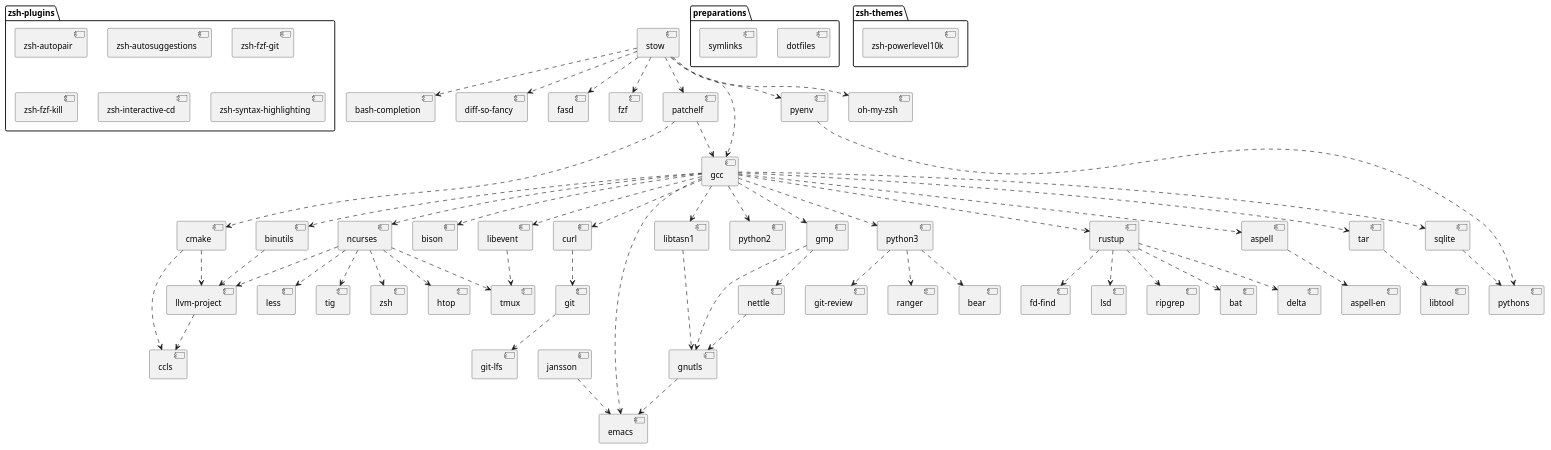
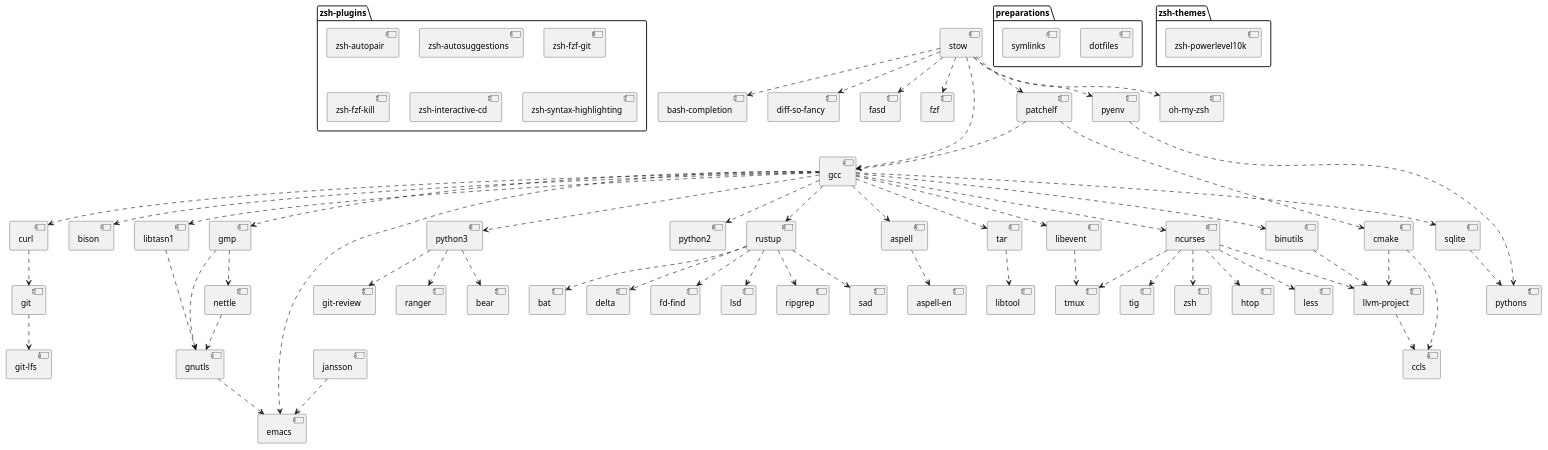
One commit to gessen/linsee-pkgs changed the diagram in deps.plantuml. Above: the diagram before and after it, drawn with PlantUML. The commit also changed 1 other file, not shown here.

Commit message:
sad: add package

```diff
--- a/deps.plantuml
+++ b/deps.plantuml
@@ -1,94 +1,95 @@
 @startuml
 
 package "preparations" {
   [dotfiles]
   [symlinks]
 }
 
 package "zsh-plugins" {
   [zsh-autopair]
   [zsh-autosuggestions]
   [zsh-fzf-git]
   [zsh-fzf-kill]
   [zsh-interactive-cd]
   [zsh-syntax-highlighting]
 }
 
 package "zsh-themes" {
   [zsh-powerlevel10k]
 }
 
 [stow] ..> [bash-completion]
 [stow] ..> [diff-so-fancy]
 [stow] ..> [fasd]
 [stow] ..> [fzf]
 [stow] ..> [gcc]
 [stow] ..> [oh-my-zsh]
 [stow] ..> [patchelf]
 [stow] ..> [pyenv]
 
 [patchelf] ..> [gcc]
 [patchelf] ..> [cmake]
 
 [gcc] ..> [aspell]
 [gcc] ..> [binutils]
 [gcc] ..> [bison]
 [gcc] ..> [curl]
 [gcc] ..> [emacs]
 [gcc] ..> [gmp]
 [gcc] ..> [libevent]
 [gcc] ..> [libtasn1]
 [gcc] ..> [ncurses]
 [gcc] ..> [python2]
 [gcc] ..> [python3]
 [gcc] ..> [rustup]
 [gcc] ..> [sqlite]
 [gcc] ..> [tar]
 
 [cmake] ..> [ccls]
 [cmake] ..> [llvm-project]
 
 [pyenv] ..> [pythons]
 [sqlite] ..> [pythons]
 
 [python3] ..> [bear]
 [python3] ..> [git-review]
 [python3] ..> [ranger]
 
 [gmp] ..> [nettle]
 [gmp] ..> [gnutls]
 
 [libtasn1] ..> [gnutls]
 [nettle] ..> [gnutls]
 
 [gnutls] ..> [emacs]
 [jansson] ..> [emacs]
 
 [aspell] ..> [aspell-en]
 
 [binutils] ..> [llvm-project]
 
 [tar] ..> [libtool]
 
 [ncurses] ..> [htop]
 [ncurses] ..> [less]
 [ncurses] ..> [llvm-project]
 [ncurses] ..> [tig]
 [ncurses] ..> [tmux]
 [ncurses] ..> [zsh]
 
 [libevent] ..> [tmux]
 
 [curl] ..> [git]
 
 [git] ..> [git-lfs]
 
 [llvm-project] ..> [ccls]
 
 [rustup] ..> [bat]
 [rustup] ..> [delta]
 [rustup] ..> [fd-find]
 [rustup] ..> [lsd]
 [rustup] ..> [ripgrep]
+[rustup] ..> [sad]
 
 @enduml
```
